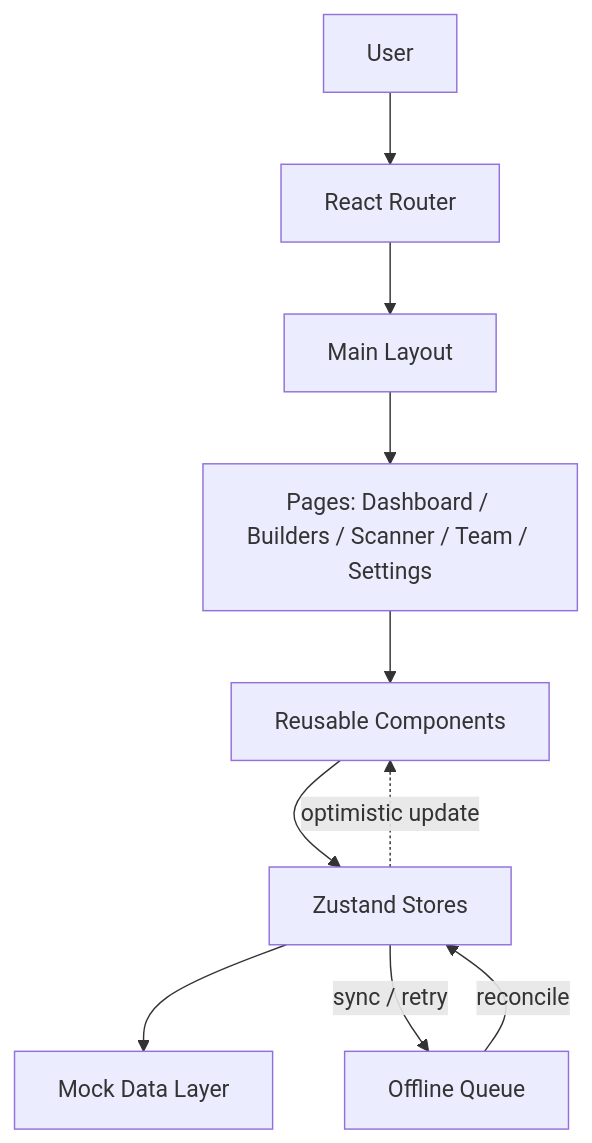
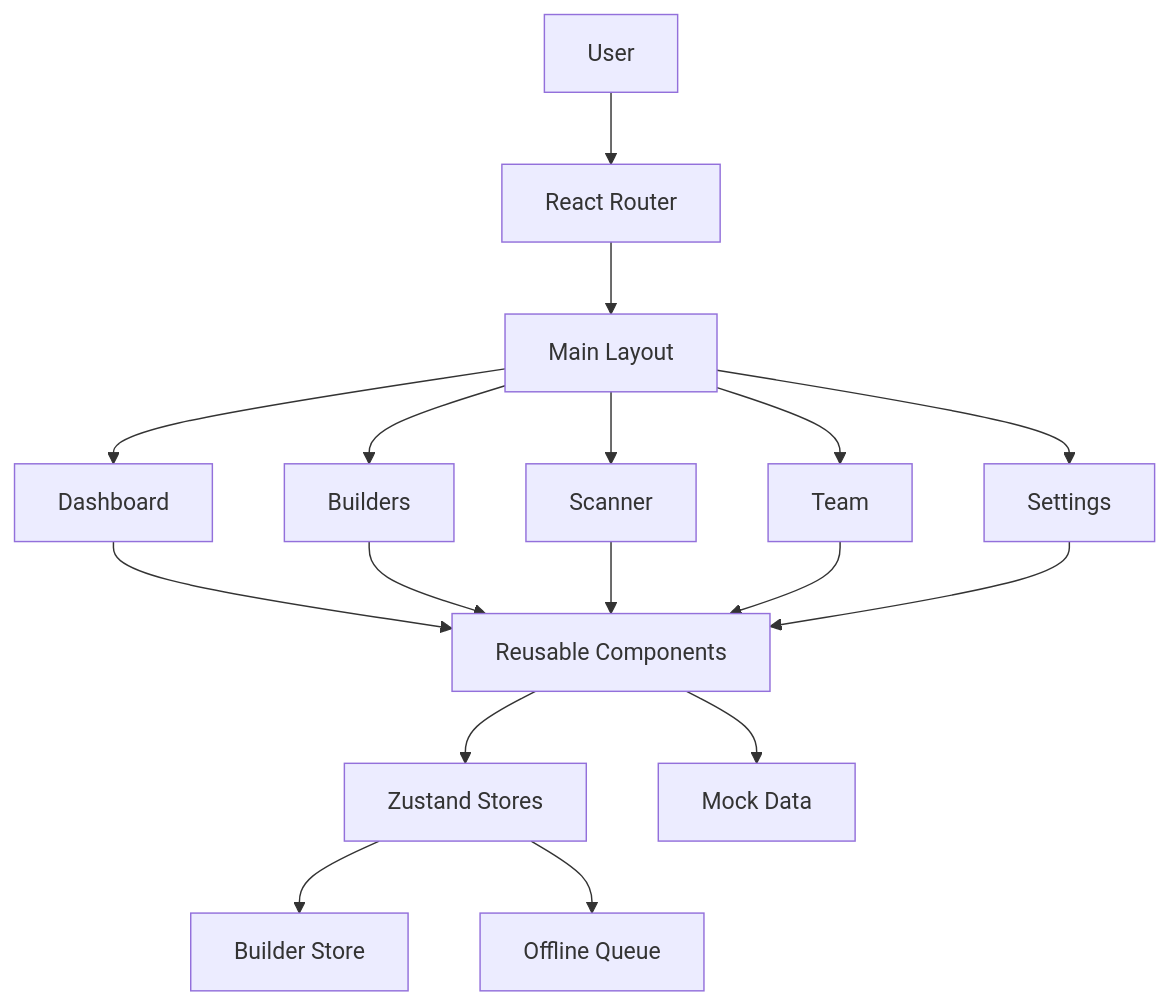
Before and after one commit to Jyotiiii3003/builder-match: the first of 2 diagrams in README.md, drawn with Mermaid. The commit also changed other lines of this file, not shown here.

````diff
--- a/README.md
+++ b/README.md
@@ -83,12 +233,37 @@
 ```mermaid
 flowchart TD
-    A[User] --> B[React Router]
-    B --> C[Main Layout]
-    C --> D[Pages: Dashboard / Builders / Scanner / Team / Settings]
-    D --> E[Reusable Components]
-    E --> F[Zustand Stores]
-    F --> G[Mock Data Layer]
-    F -.optimistic update.-> E
-    F -->|sync / retry| H[Offline Queue]
-    H -->|reconcile| F
+
+A[User]
+
+A --> B[React Router]
+
+B --> C[Main Layout]
+
+C --> D[Dashboard]
+
+C --> E[Builders]
+
+C --> F[Scanner]
+
+C --> G[Team]
+
+C --> H[Settings]
+
+D --> I[Reusable Components]
+
+E --> I
+
+F --> I
+
+G --> I
+
+H --> I
+
+I --> J[Zustand Stores]
+
+J --> K[Builder Store]
+
+J --> L[Offline Queue]
+
+I --> M[Mock Data]
 ```
````
